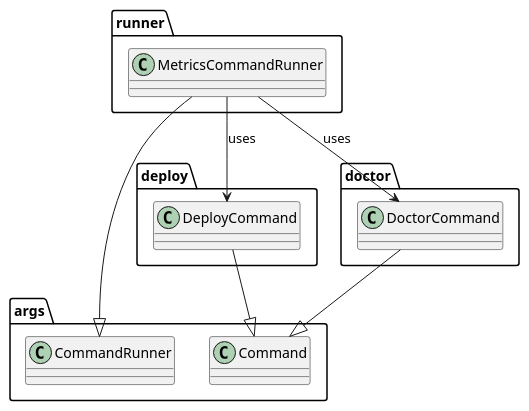
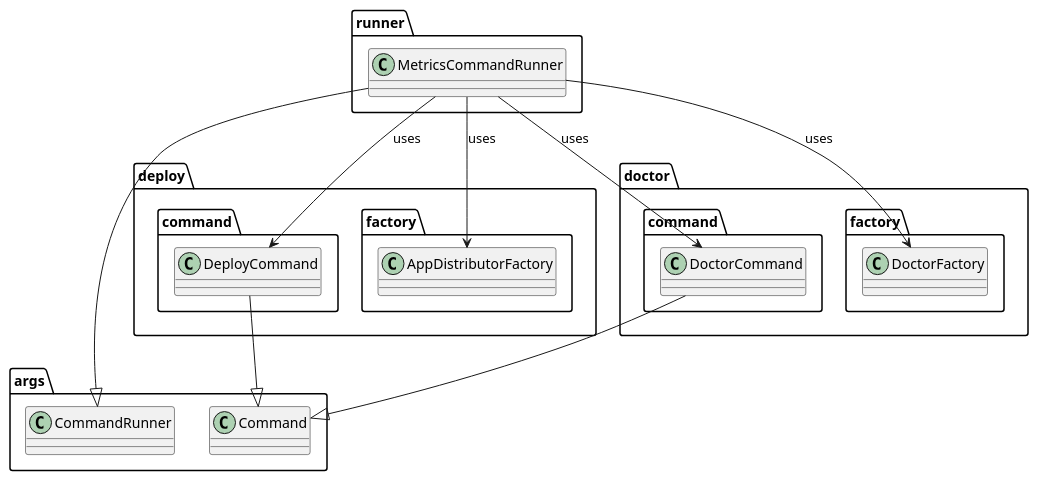
Before and after one commit to Flank/flank-dashboard: the diagram in metrics/cli/docs/diagrams/metrics_command_runner_class_diagram.puml, drawn with PlantUML. The commit also changed 12 other files, not shown here.

Commit message:
Metrics CLI design with diagrams.

```diff
--- a/metrics/cli/docs/diagrams/metrics_command_runner_class_diagram.puml
+++ b/metrics/cli/docs/diagrams/metrics_command_runner_class_diagram.puml
@@ -1,26 +1,43 @@
 @startuml metrics_command_runner_class_diagram
 
 package args {
     class CommandRunner{}
     class Command {}
 }
 
 package runner {
     class MetricsCommandRunner {}
 }
 
 package deploy {
-    class DeployCommand {}
+    package command {
+        class DeployCommand {}
+    }
+
+    package factory as deploy.factory{
+        class AppDistributorFactory {}
+    }
 }
 
 package doctor {
-    class DoctorCommand {}
+    package command as doctor.command {
+        class DoctorCommand {}
+    }
+
+    package factory as doctor.factory {
+        class DoctorFactory {}
+    }
 }
 
 MetricsCommandRunner --> DoctorCommand : uses
 MetricsCommandRunner --> DeployCommand : uses
+MetricsCommandRunner --> AppDistributorFactory : uses
+MetricsCommandRunner --> DoctorFactory : uses
+
 DeployCommand --|> Command
 DoctorCommand --|> Command
+
 MetricsCommandRunner --|> CommandRunner
 
+
 @enduml
```
